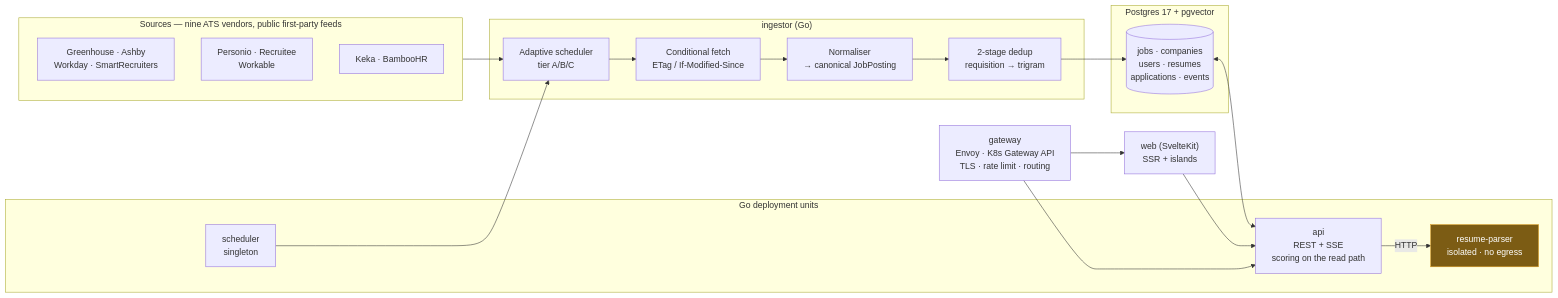
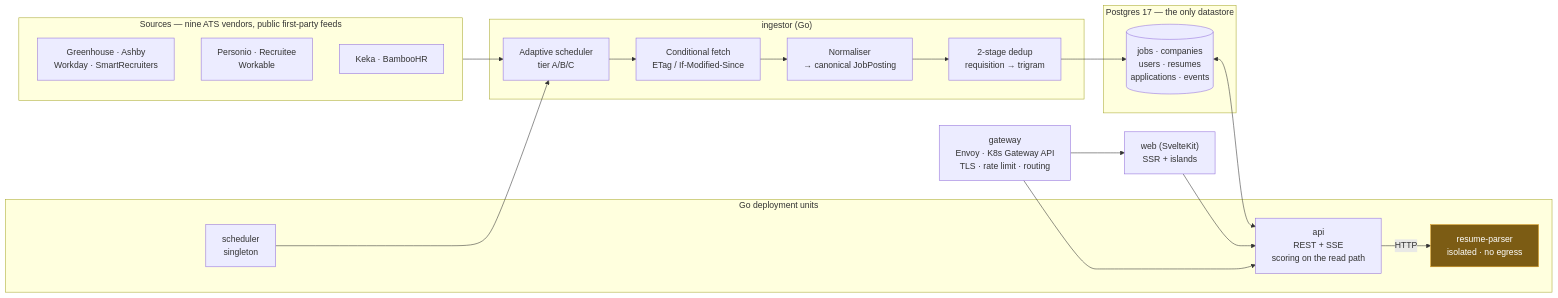
Before and after one commit to ergodicregulus/jobtrack: the diagram in README.md, drawn with Mermaid. The commit also changed other lines of this file and 19 other files, not shown here.

````diff
--- a/README.md
+++ b/README.md
@@ -106,37 +106,37 @@
 ```mermaid
 flowchart LR
     subgraph sources["Sources — nine ATS vendors, public first-party feeds"]
         GH["Greenhouse · Ashby\nWorkday · SmartRecruiters"]
         EU["Personio · Recruitee\nWorkable"]
         IN["Keka · BambooHR"]
     end
 
     subgraph ingest["ingestor (Go)"]
         SCHED["Adaptive scheduler\ntier A/B/C"]
         FETCH["Conditional fetch\nETag / If-Modified-Since"]
         NORM["Normaliser\n→ canonical JobPosting"]
         DEDUP["2-stage dedup\nrequisition → trigram"]
     end
 
-    subgraph core["Postgres 17 + pgvector"]
+    subgraph core["Postgres 17 — the only datastore"]
         DB[("jobs · companies\nusers · resumes\napplications · events")]
     end
 
     subgraph svc["Go deployment units"]
         API["api\nREST + SSE\nscoring on the read path"]
         SCHEDULER["scheduler\nsingleton"]
         PARSE["resume-parser\nisolated · no egress"]
     end
 
     GW["gateway\nEnvoy · K8s Gateway API\nTLS · rate limit · routing"]
     WEB["web (SvelteKit)\nSSR + islands"]
 
     sources --> SCHED --> FETCH --> NORM --> DEDUP --> DB
     SCHEDULER --> SCHED
     DB <--> API
     API -->|HTTP| PARSE
     GW --> WEB --> API
     GW --> API
 
     style PARSE fill:#7c5c14,stroke:#d99a1c,color:#fff
 ```
````
